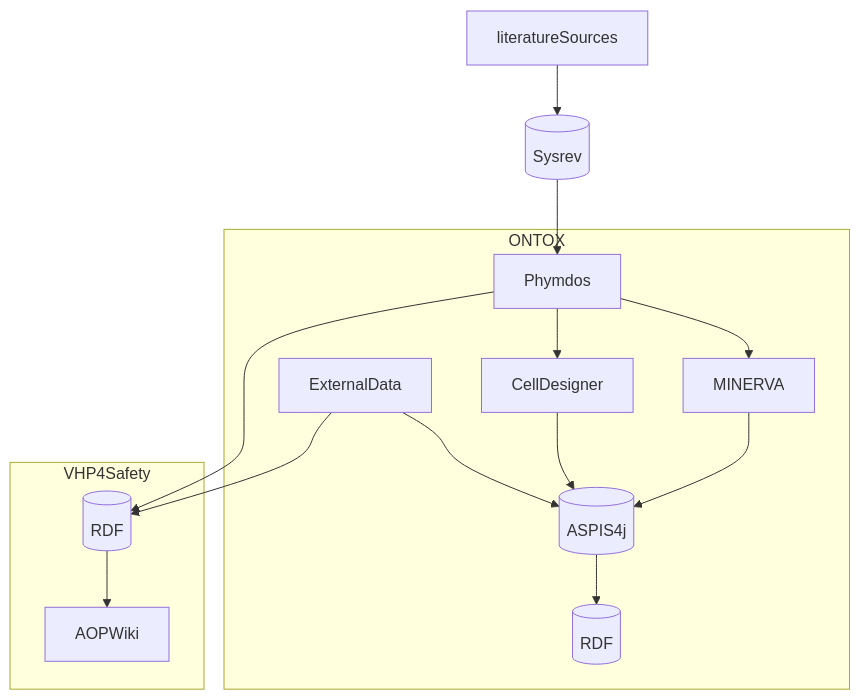
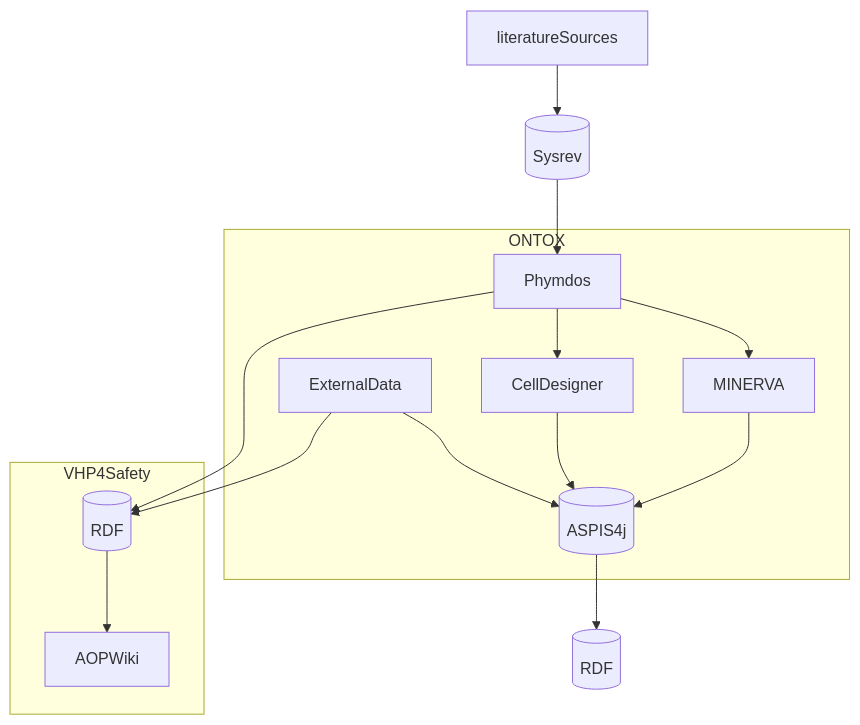
Before and after one commit to ontox-hu/workflows: the diagram in ONTOX-vs-VHP4Safety.md, drawn with Mermaid. The commit also changed other lines of this file, not shown here.

````diff
--- a/ONTOX-vs-VHP4Safety.md
+++ b/ONTOX-vs-VHP4Safety.md
@@ -1,24 +1,24 @@
 ```mermaid
 flowchart TB
     literatureSources-->Sysrev[(Sysrev)]
     Sysrev[(Sysrev)]-->Phymdos
     
     subgraph ONTOX
     Phymdos-->MINERVA
     Phymdos-->CellDesigner
     ExternalData-->ASPIS4j[(ASPIS4j)]
     CellDesigner-->ASPIS4j[(ASPIS4j)]
     MINERVA-->ASPIS4j[(ASPIS4j)]
+    end
     ASPIS4j[(ASPIS4j)]-->DF[(RDF)]
-    end
     
     subgraph VHP4Safety
     Phymdos-->RDF[(RDF)]
     RDF[(RDF)]-->AOPWiki
     ExternalData-->RDF[(RDF)]
     end
     
     
     
     
 ```
````
